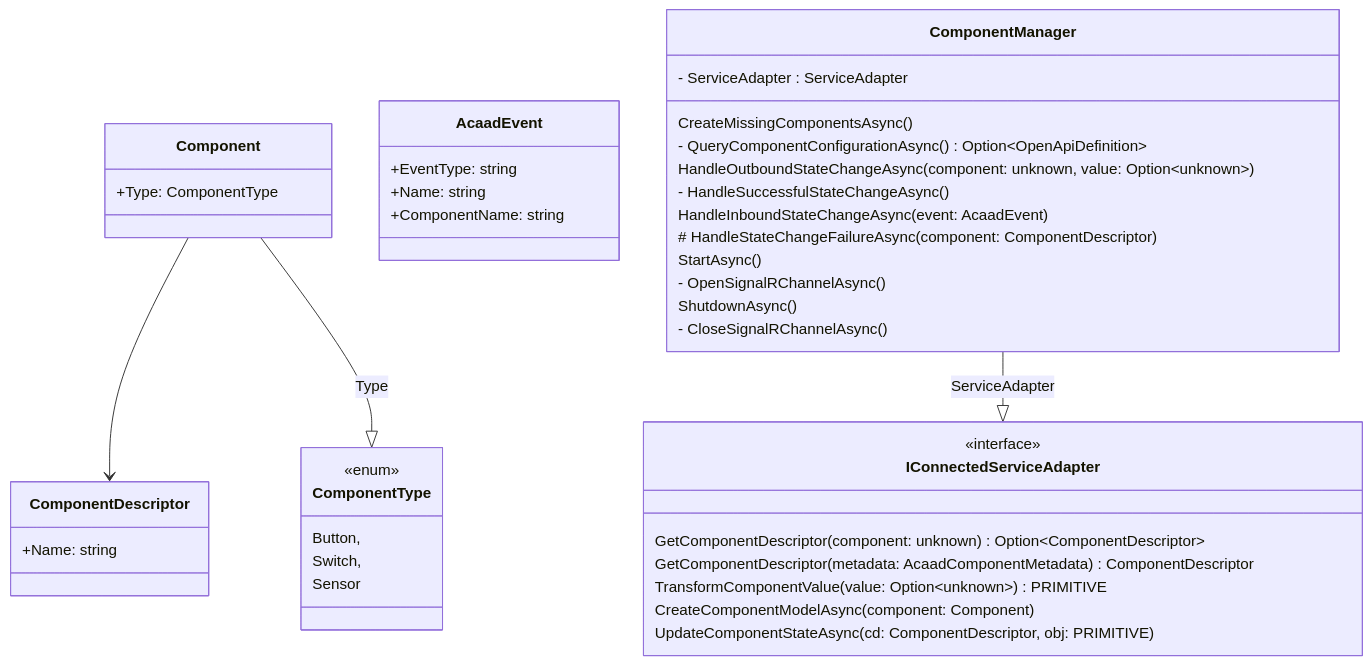
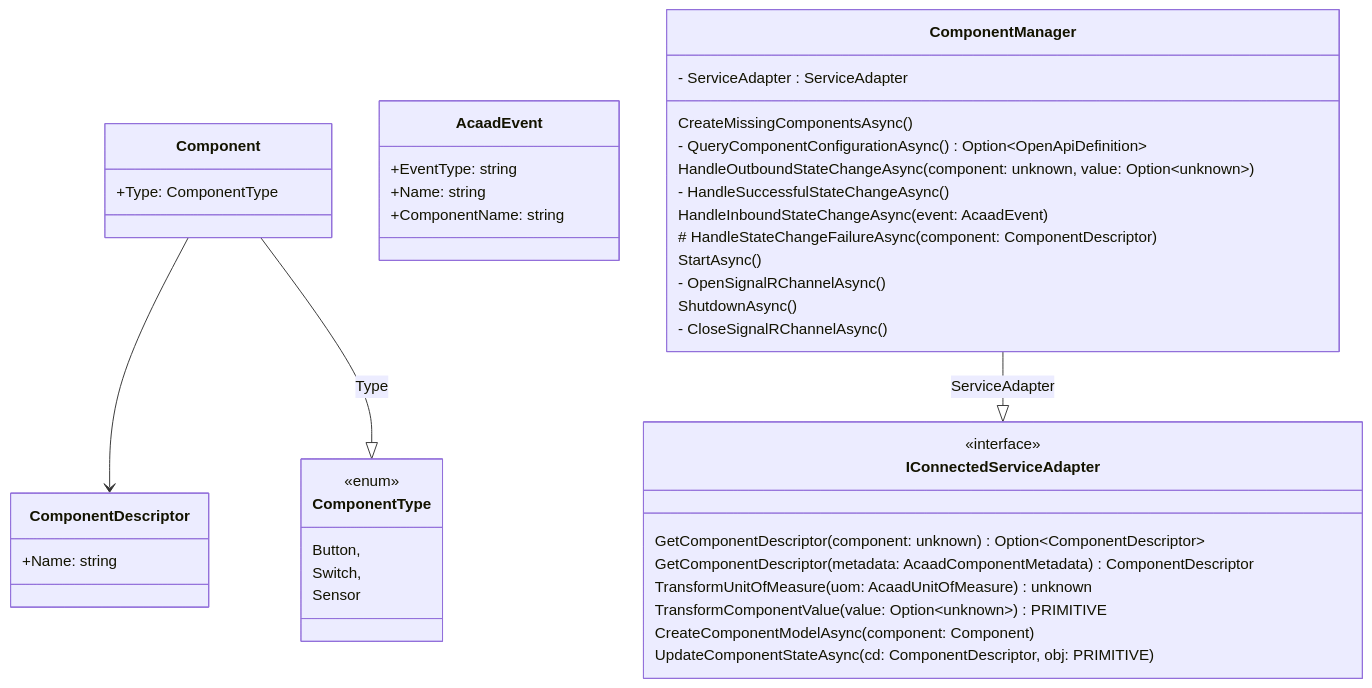
The second of 2 diagrams in Documentation/Development/README.md (OlliMartin/wndw.ctl.typescript), drawn with Mermaid before and after one commit. The commit also changed other lines of this file, not shown here.

Commit message:
All but Cs2Acaad sync done

````diff
--- a/Documentation/Development/README.md
+++ b/Documentation/Development/README.md
@@ -295,62 +302,63 @@
 ``` mermaid
 classDiagram
 
 class ComponentDescriptor {
   +Name: string
 }
 
 class ComponentType {
   <<enum>>
   Button,
   Switch, 
   Sensor
 }
 
 class Component {
   +Type: ComponentType
 }
 
 Component --> ComponentDescriptor
 Component --|> ComponentType : Type
 
 class AcaadEvent {
   +EventType: string
   +Name: string
   +ComponentName: string
 }
 
 class IConnectedServiceAdapter {
   <<interface>>
   
   GetComponentDescriptor(component: unknown) Option~ComponentDescriptor~
   GetComponentDescriptor(metadata: AcaadComponentMetadata) ComponentDescriptor
   
+  TransformUnitOfMeasure(uom: AcaadUnitOfMeasure) unknown
   TransformComponentValue(value: Option~unknown~) PRIMITIVE
   
   CreateComponentModelAsync(component: Component)
   
   UpdateComponentStateAsync(cd: ComponentDescriptor, obj: PRIMITIVE)
 }
 
 class ComponentManager {
   - ServiceAdapter : ServiceAdapter
 
   CreateMissingComponentsAsync()
   - QueryComponentConfigurationAsync() Option~OpenApiDefinition~
   
   HandleOutboundStateChangeAsync(component: unknown, value: Option~unknown~)
   - HandleSuccessfulStateChangeAsync()
     
   HandleInboundStateChangeAsync(event: AcaadEvent)
   
   # HandleStateChangeFailureAsync(component: ComponentDescriptor)
   
   StartAsync()
   - OpenSignalRChannelAsync()
   
   ShutdownAsync()
   - CloseSignalRChannelAsync()
 }
 
 ComponentManager --|> IConnectedServiceAdapter : ServiceAdapter
 ```
````
